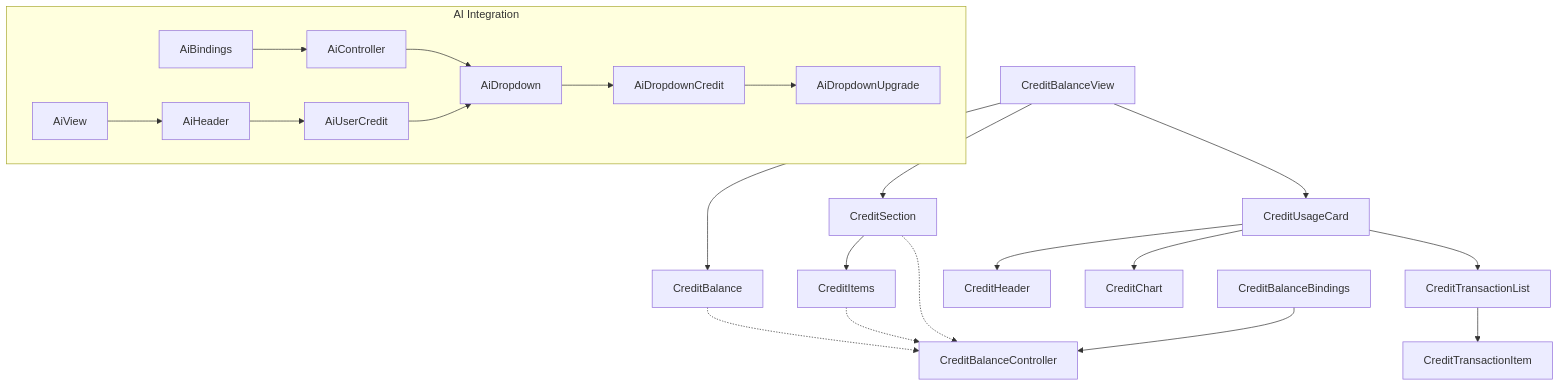
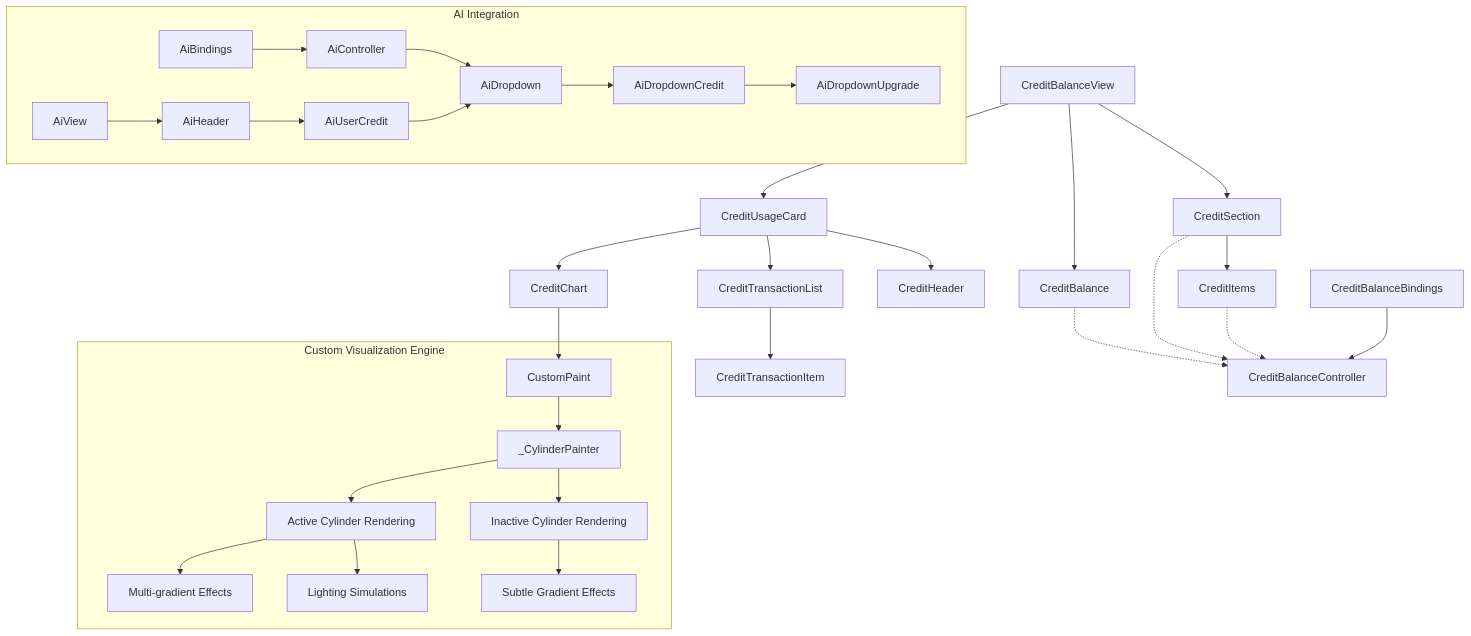
Before and after one commit to Ariful3111/FurniGo: the second of 15 diagrams in .qoder/repowiki/en/content/Core Features/User Profile Management/Credit Balance System.md, drawn with Mermaid. The commit also changed other lines of this file and 1 other file, not shown here.

````diff
--- a/.qoder/repowiki/en/content/Core Features/User Profile Management/Credit Balance System.md
+++ b/.qoder/repowiki/en/content/Core Features/User Profile Management/Credit Balance System.md
@@ -167,24 +182,33 @@
 ```mermaid
 graph TB
 A["CreditBalanceView"] --> B["CreditBalance"]
 A --> C["CreditSection"]
 A --> D["CreditUsageCard"]
 C --> E["CreditItems"]
 D --> F["CreditHeader"]
 D --> G["CreditChart"]
 D --> H["CreditTransactionList"]
 H --> I["CreditTransactionItem"]
 B -.-> J["CreditBalanceController"]
 C -.-> J
 E -.-> J
 K["CreditBalanceBindings"] --> J
+subgraph "Custom Visualization Engine"
+L["CustomPaint"] --> M["_CylinderPainter"]
+M --> N["Active Cylinder Rendering"]
+M --> O["Inactive Cylinder Rendering"]
+N --> P["Multi-gradient Effects"]
+N --> Q["Lighting Simulations"]
+O --> R["Subtle Gradient Effects"]
+end
 subgraph "AI Integration"
-L["AiController"] --> M["AiDropdown"]
-M --> N["AiDropdownCredit"]
-N --> O["AiDropdownUpgrade"]
-P["AiUserCredit"] --> M
-Q["AiHeader"] --> P
-R["AiView"] --> Q
-S["AiBindings"] --> L
+S["AiController"] --> T["AiDropdown"]
+T --> U["AiDropdownCredit"]
+U --> V["AiDropdownUpgrade"]
+W["AiUserCredit"] --> T
+X["AiHeader"] --> W
+Y["AiView"] --> X
+Z["AiBindings"] --> S
 end
+G --> L
 ```
````
